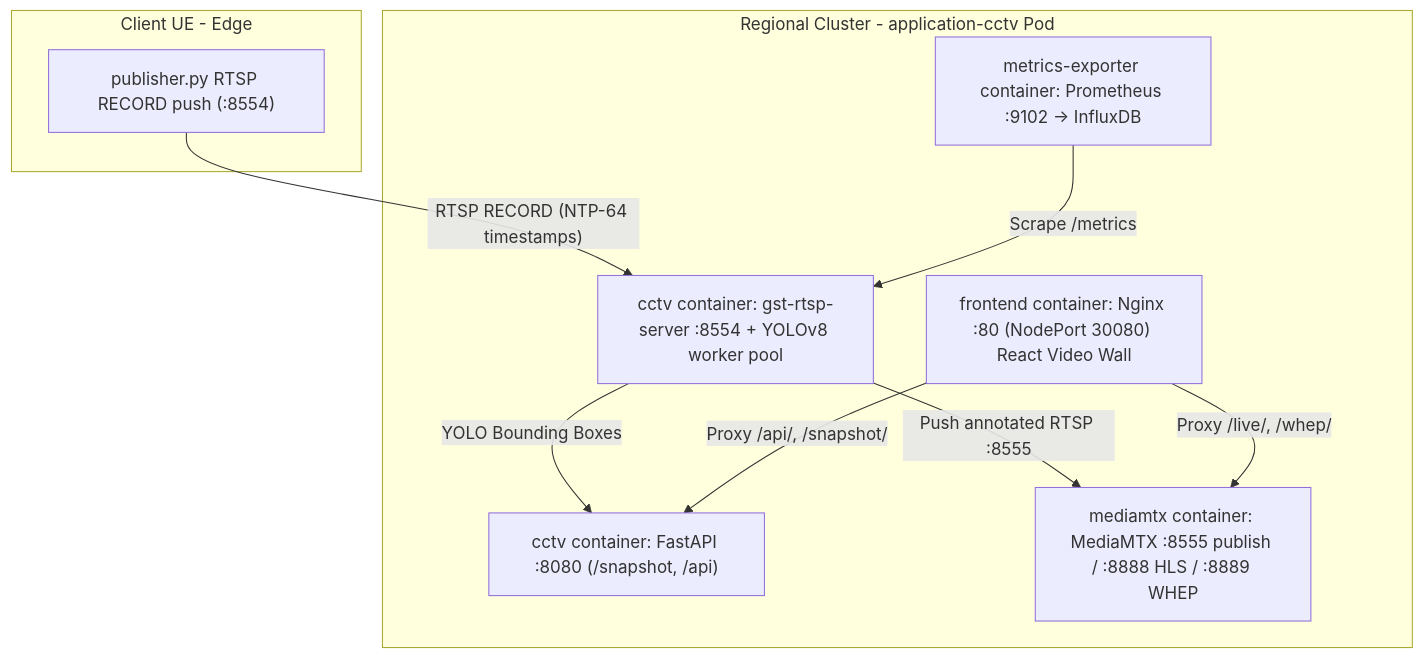
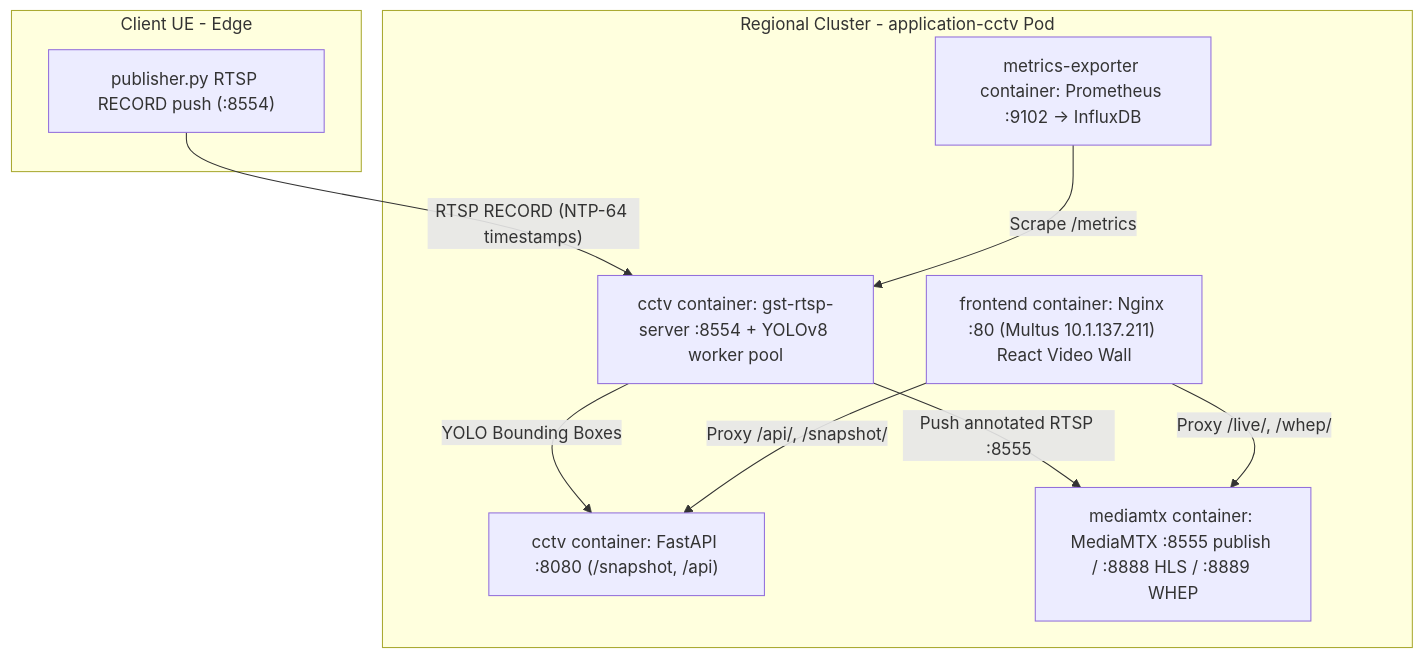
One commit to FCCLab/INA-Infra changed the diagram in applications/cctv/README.md. Above: the diagram before and after it, drawn with Mermaid. The commit also changed other lines of this file and 145 other files, not shown here.

````diff
--- a/applications/cctv/README.md
+++ b/applications/cctv/README.md
@@ -19,19 +19,19 @@
 ```mermaid
 flowchart TD
   subgraph ue [Client UE - Edge]
     Pub["publisher.py RTSP RECORD push (:8554)"]
   end
   subgraph server_pod [Regional Cluster - application-cctv Pod]
     Gst["cctv container: gst-rtsp-server :8554 + YOLOv8 worker pool"]
     Api["cctv container: FastAPI :8080 (/snapshot, /api)"]
     Mtx["mediamtx container: MediaMTX :8555 publish / :8888 HLS / :8889 WHEP"]
-    Ui["frontend container: Nginx :80 (NodePort 30080) React Video Wall"]
+    Ui["frontend container: Nginx :80 (Multus 10.1.137.211) React Video Wall"]
     Metric["metrics-exporter container: Prometheus :9102 -> InfluxDB"]
   end
   Pub -->|"RTSP RECORD (NTP-64 timestamps)"| Gst
   Gst -->|"YOLO Bounding Boxes"| Api
   Gst -->|"Push annotated RTSP :8555"| Mtx
   Ui -->|"Proxy /api/, /snapshot/"| Api
   Ui -->|"Proxy /live/, /whep/"| Mtx
   Metric -->|"Scrape /metrics"| Gst
 ```
````
